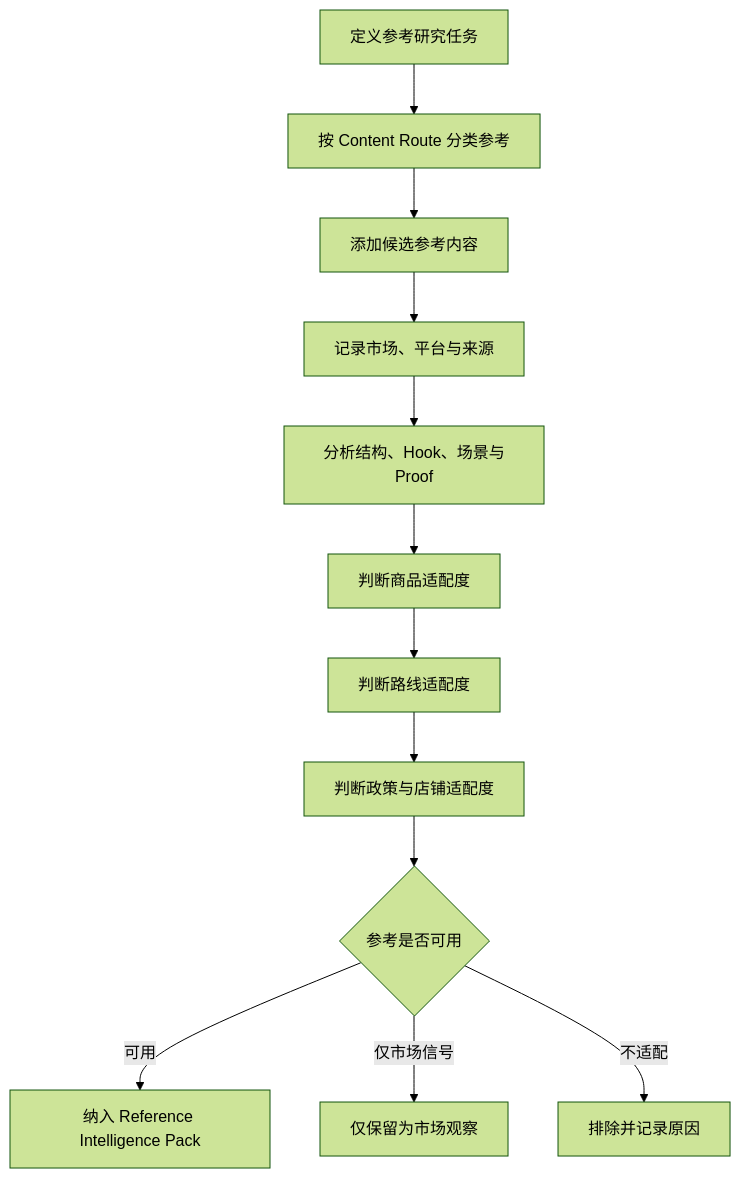
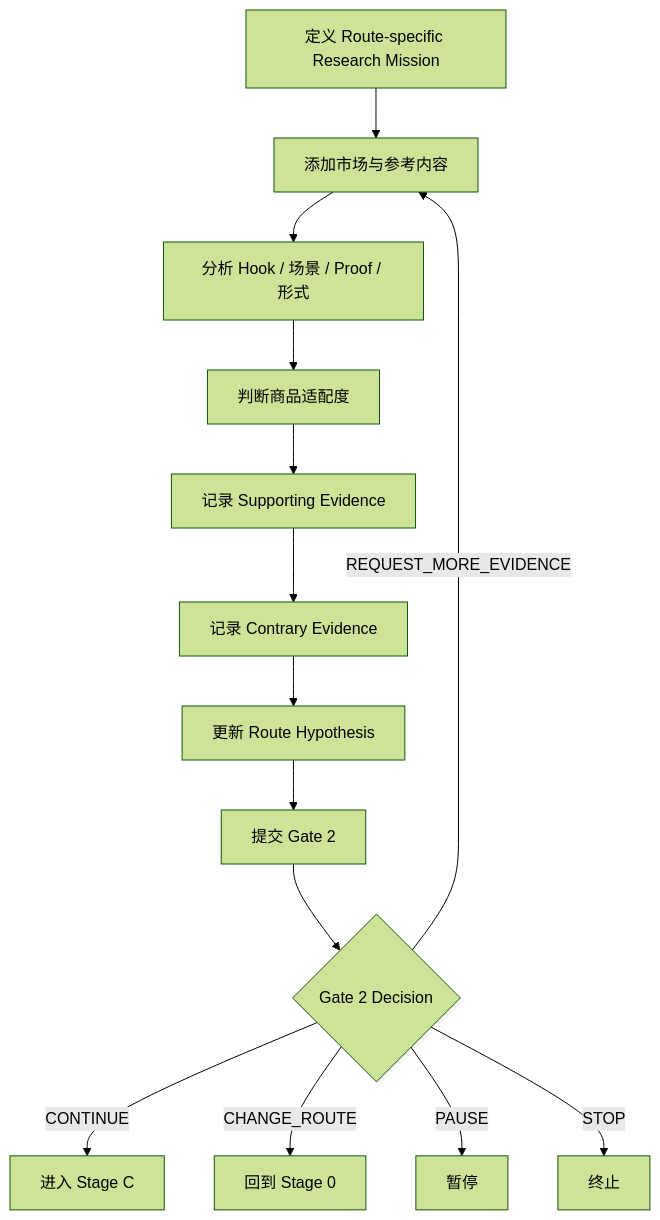
Before and after one commit to SONG-36/TK_Video_Intelligence_Workbench: the fourth of 7 diagrams in 04_RELEASE_1_BUSINESS_PROCESS.md, drawn with Mermaid (forest theme). The commit also changed other lines of this file and 8 other files, not shown here.

````diff
--- a/04_RELEASE_1_BUSINESS_PROCESS.md
+++ b/04_RELEASE_1_BUSINESS_PROCESS.md
@@ -223,20 +179,19 @@
 ```mermaid
 flowchart TB
-    A[定义参考研究任务]
-    B[按 Content Route 分类参考]
-    C[添加候选参考内容]
-    D[记录市场、平台与来源]
-    E[分析结构、Hook、场景与Proof]
-    F[判断商品适配度]
-    G[判断路线适配度]
-    H[判断政策与店铺适配度]
-    I{参考是否可用}
-    J[纳入 Reference Intelligence Pack]
-    K[仅保留为市场观察]
-    L[排除并记录原因]
+    A[定义 Route-specific Research Mission]
+    B[添加市场与参考内容]
+    C[分析 Hook / 场景 / Proof / 形式]
+    D[判断商品适配度]
+    E[记录 Supporting Evidence]
+    F[记录 Contrary Evidence]
+    G[更新 Route Hypothesis]
+    H[提交 Gate 2]
+    I{Gate 2 Decision}
 
     A --> B --> C --> D --> E --> F --> G --> H --> I
-    I -- 可用 --> J
-    I -- 仅市场信号 --> K
-    I -- 不适配 --> L
+    I -- CONTINUE --> J[进入 Stage C]
+    I -- CHANGE_ROUTE --> R[回到 Stage 0]
+    I -- REQUEST_MORE_EVIDENCE --> B
+    I -- PAUSE --> P[暂停]
+    I -- STOP --> S[终止]
 ```
````
